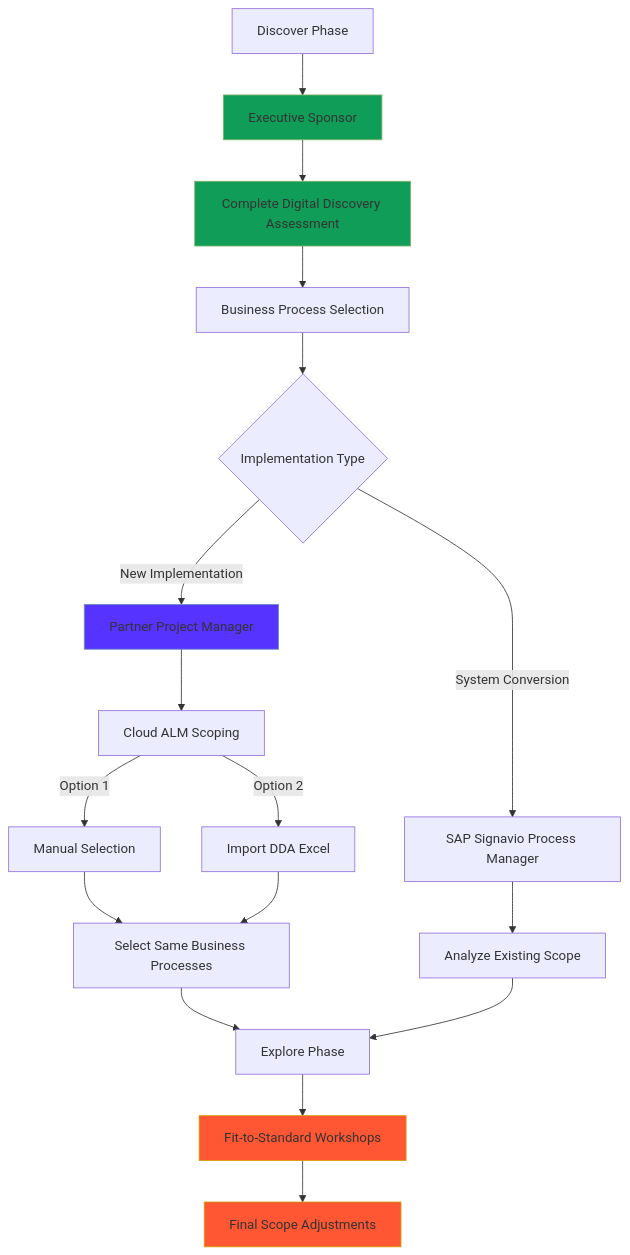
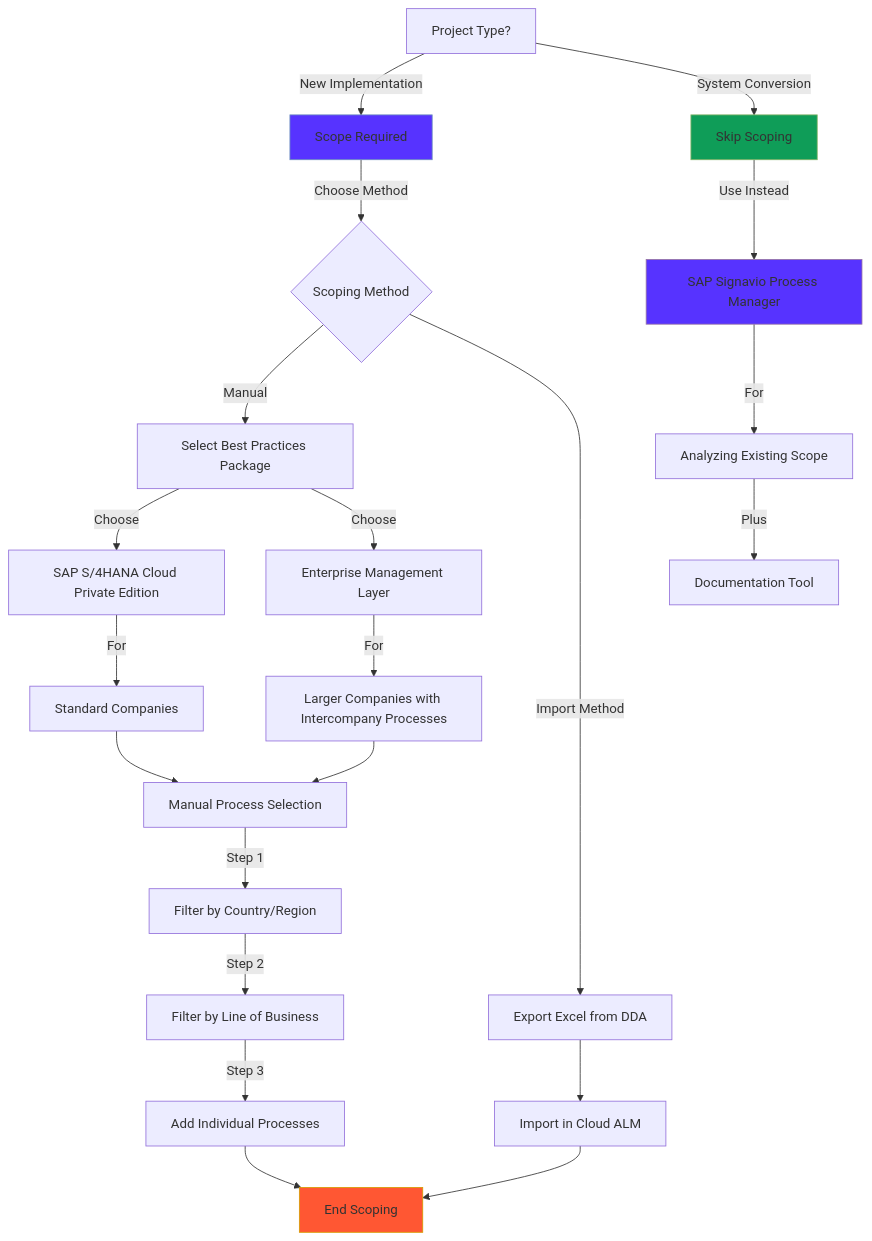
One commit to sapflashcards/S4CPE changed the diagram in calm-project-scoping.md. Above: the diagram before and after it, drawn with Mermaid.

````diff
--- a/calm-project-scoping.md
+++ b/calm-project-scoping.md
@@ -1,32 +1,35 @@
 ```mermaid
 flowchart TD
-    A[Discover Phase] --> B[Executive Sponsor]
-    B --> C[Complete Digital Discovery Assessment]
-    C --> D[Business Process Selection]
+    A[Project Type?] -->|New Implementation| B[Scope Required]
+    A -->|System Conversion| C[Skip Scoping]
     
-    D --> E{Implementation Type}
+    B -->|Choose Method| D{Scoping Method}
     
-    E -->|New Implementation| F[Partner Project Manager]
-    F --> G1[Cloud ALM Scoping]
+    D -->|Manual| E[Select Best Practices Package]
+    E -->|Choose| E1[SAP S/4HANA Cloud Private Edition]
+    E -->|Choose| E2[Enterprise Management Layer]
     
-    G1 -->|Option 1| H1[Manual Selection]
-    G1 -->|Option 2| H2[Import DDA Excel]
+    E1 -->|For| F1[Standard Companies]
+    E2 -->|For| F2[Larger Companies with Intercompany Processes]
     
-    H1 --> I[Select Same Business Processes]
-    H2 --> I
+    F1 --> G[Manual Process Selection]
+    F2 --> G
     
-    E -->|System Conversion| J[SAP Signavio Process Manager]
-    J --> K[Analyze Existing Scope]
+    G -->|Step 1| H[Filter by Country/Region]
+    H -->|Step 2| I[Filter by Line of Business]
+    I -->|Step 3| J[Add Individual Processes]
+    J --> K[End Scoping]
     
-    I --> L[Explore Phase]
-    K --> L
+    D -->|Import Method| L[Export Excel from DDA]
+    L --> M[Import in Cloud ALM]
+    M --> K
     
-    L --> M[Fit-to-Standard Workshops]
-    M --> N[Final Scope Adjustments]
+    C -->|Use Instead| N[SAP Signavio Process Manager]
+    N -->|For| O[Analyzing Existing Scope]
+    O -->|Plus| P[Documentation Tool]
     
-    style B fill:#0F9D58,stroke:#82b366
+    style B fill:#5733FF,stroke:#6c8ebf
     style C fill:#0F9D58,stroke:#82b366
-    style F fill:#5733FF,stroke:#6c8ebf
-    style M fill:#FF5733,stroke:#d79b00
-    style N fill:#FF5733,stroke:#d79b00
+    style K fill:#FF5733,stroke:#d79b00
+    style N fill:#5733FF,stroke:#9673a6
 ```
````
